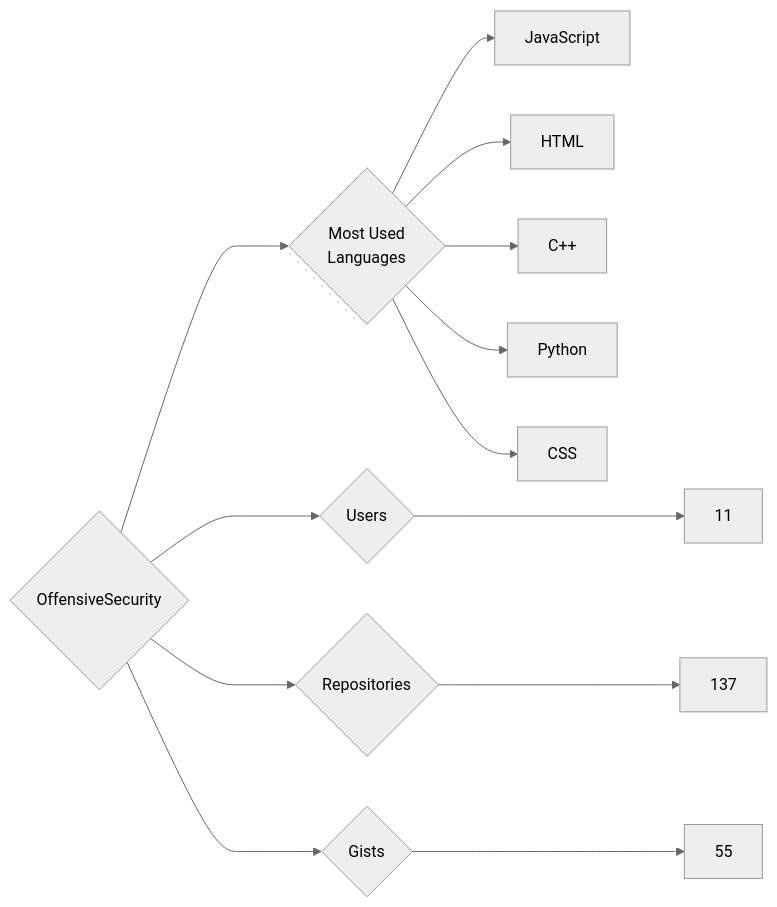
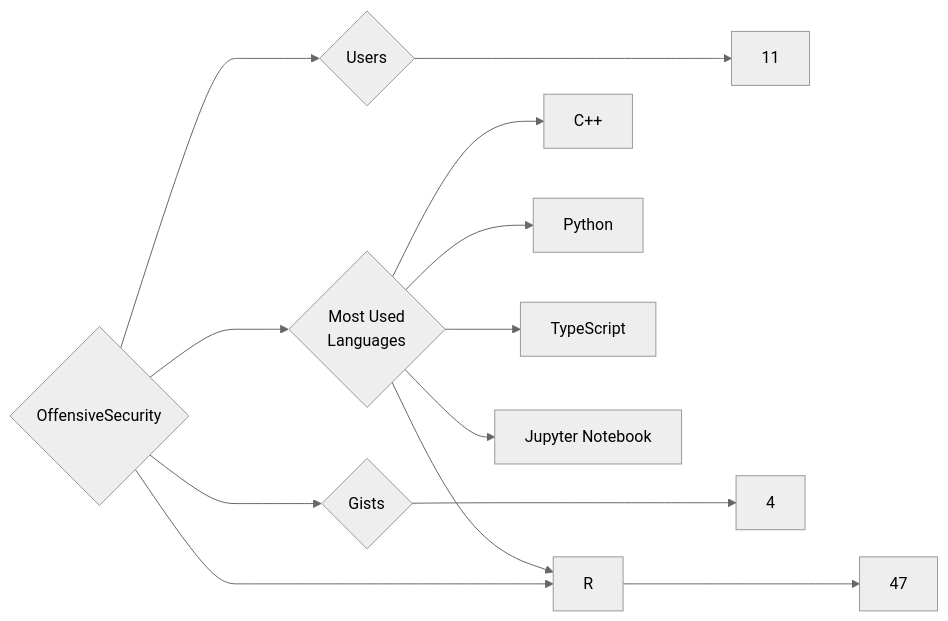
One commit to trickest/insiders changed the diagram in targets/OffensiveSecurity/README.md. Above: the diagram before and after it, drawn with Mermaid (neutral theme). The commit also changed 1484 other files, not shown here.

````diff
--- a/targets/OffensiveSecurity/README.md
+++ b/targets/OffensiveSecurity/README.md
@@ -3,13 +3,13 @@
 ```mermaid
 graph LR
 COMPANY_NAME{OffensiveSecurity}
 COMPANY_NAME ---> U{Users} ---> UN[11]
-COMPANY_NAME ---> R{Repositories} ---> RN[137]
-COMPANY_NAME ---> G{Gists} ---> GN[55]
+COMPANY_NAME ---> R{Repositories} ---> RN[47]
+COMPANY_NAME ---> G{Gists} ---> GN[4]
 COMPANY_NAME ---> ML{Most Used<br>Languages}
-ML --> JavaScript[JavaScript]
-ML --> HTML[HTML]
 ML --> C++[C++]
 ML --> Python[Python]
-ML --> CSS[CSS]
+ML --> TypeScript[TypeScript]
+ML --> Jupyter_Notebook[Jupyter Notebook]
+ML --> R[R]
 ```
````
